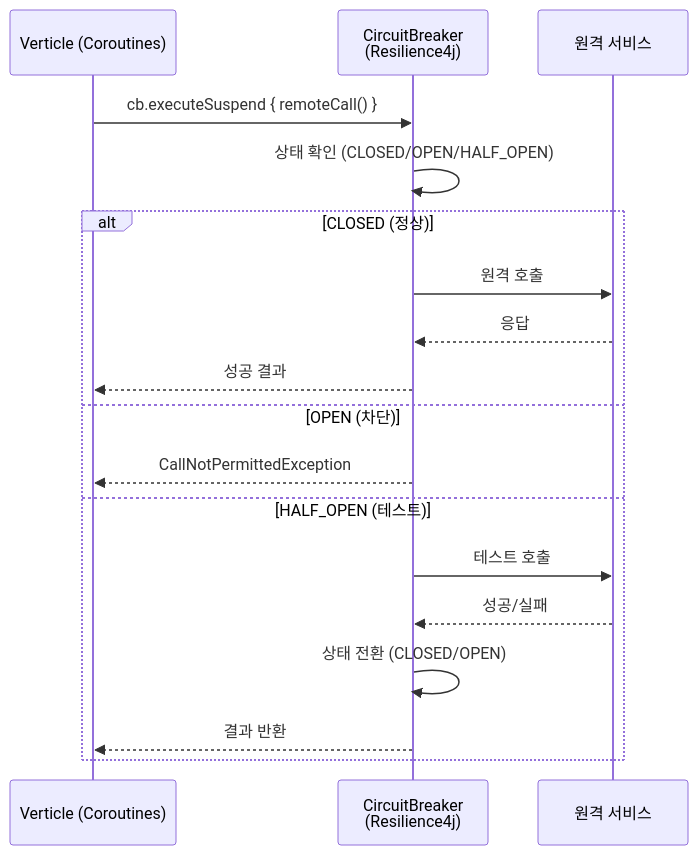
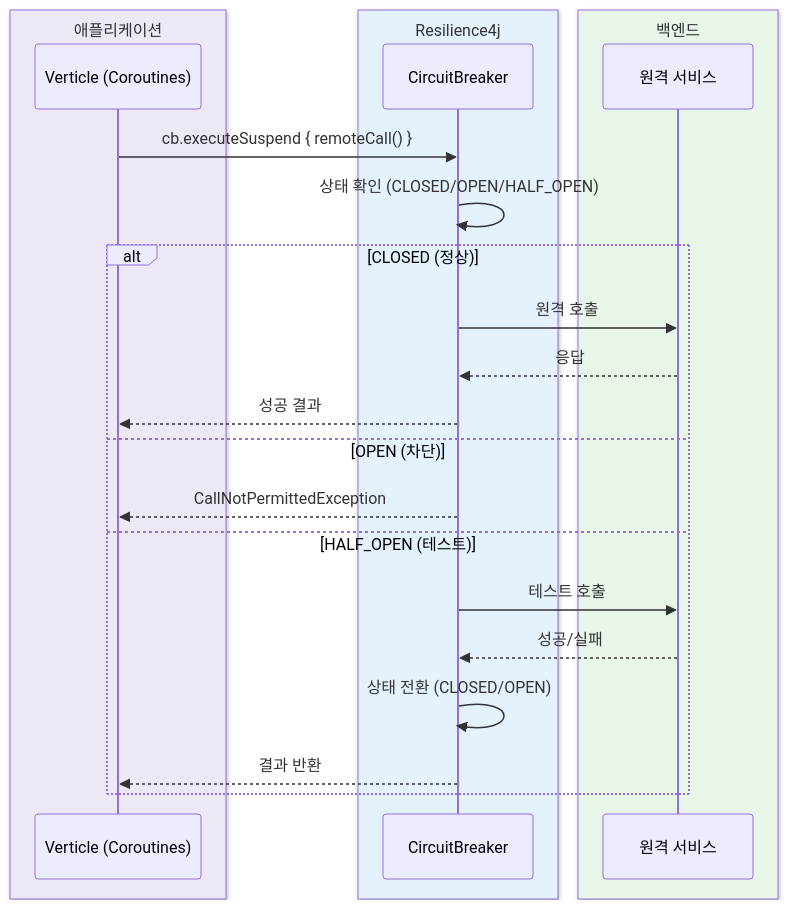
One commit to bluetape4k/bluetape4k-projects changed the third of 4 diagrams in io/vertx/README.ko.md. Above: the diagram before and after it, drawn with Mermaid. The commit also changed other lines of this file and 221 other files, not shown here.

First line of the commit message:
docs: 전체 모듈 README UML 다이어그램 보강 및 색상 업그레이드

````diff
--- a/io/vertx/README.ko.md
+++ b/io/vertx/README.ko.md
@@ -129,22 +149,28 @@
 ```mermaid
 sequenceDiagram
-    participant 앱 as Verticle (Coroutines)
-    participant CB as CircuitBreaker<br/>(Resilience4j)
-    participant SVC as 원격 서비스
+    box rgb(237, 231, 246) 애플리케이션
+        participant 앱 as Verticle (Coroutines)
+    end
+    box rgb(227, 242, 253) Resilience4j
+        participant CB as CircuitBreaker
+    end
+    box rgb(232, 245, 233) 백엔드
+        participant SVC as 원격 서비스
+    end
 
     앱->>CB: cb.executeSuspend { remoteCall() }
     CB->>CB: 상태 확인 (CLOSED/OPEN/HALF_OPEN)
 
     alt CLOSED (정상)
         CB->>SVC: 원격 호출
         SVC-->>CB: 응답
         CB-->>앱: 성공 결과
     else OPEN (차단)
         CB-->>앱: CallNotPermittedException
     else HALF_OPEN (테스트)
         CB->>SVC: 테스트 호출
         SVC-->>CB: 성공/실패
         CB->>CB: 상태 전환 (CLOSED/OPEN)
         CB-->>앱: 결과 반환
     end
 ```
````
